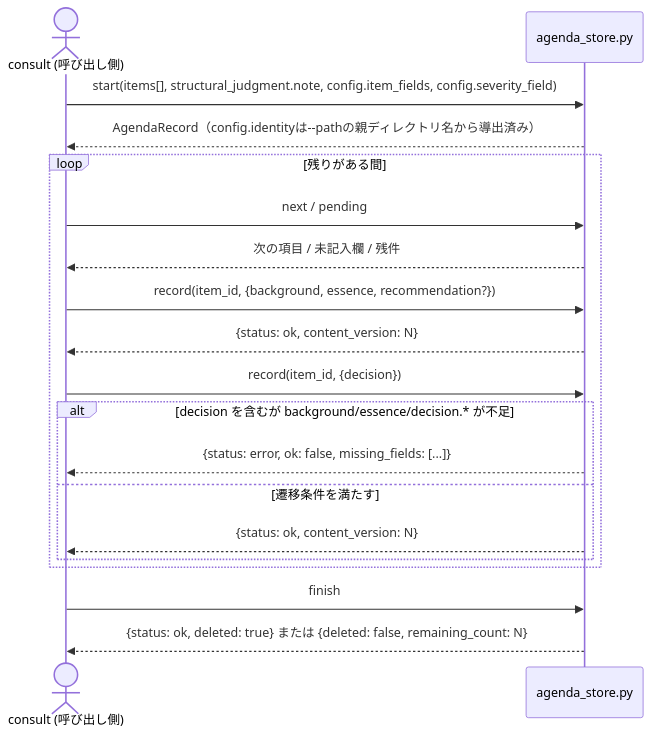
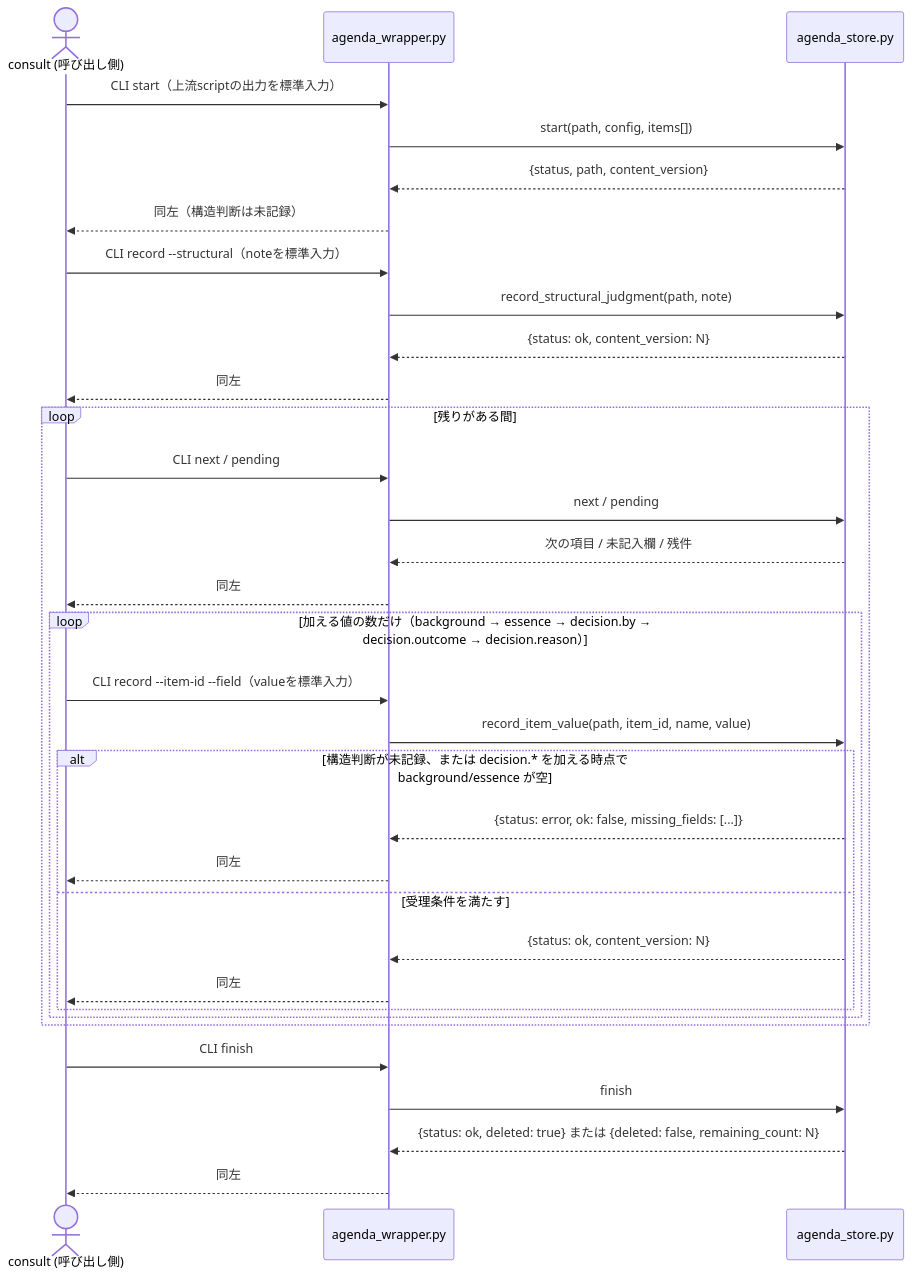
The third of 3 diagrams in docs/specs/consult/agenda/design/DES-075_agenda_mechanism_design.md (BlueEventHorizon/bw-cc-plugins), drawn with Mermaid before and after one commit. The commit also changed other lines of this file and 15 other files, not shown here.

````diff
--- a/docs/specs/consult/agenda/design/DES-075_agenda_mechanism_design.md
+++ b/docs/specs/consult/agenda/design/DES-075_agenda_mechanism_design.md
@@ -253,26 +260,40 @@
 ```mermaid
 sequenceDiagram
     actor Consult as consult (呼び出し側)
+    participant Wrapper as agenda_wrapper.py
     participant Store as agenda_store.py
 
-    Consult ->> Store: start(items[], structural_judgment.note, config.item_fields, config.severity_field)
-    Store -->> Consult: AgendaRecord（config.identityは--pathの親ディレクトリ名から導出済み）
+    Consult ->> Wrapper: CLI start（上流scriptの出力を標準入力）
+    Wrapper ->> Store: start(path, config, items[])
+    Store -->> Wrapper: {status, path, content_version}
+    Wrapper -->> Consult: 同左（構造判断は未記録）
+
+    Consult ->> Wrapper: CLI record --structural（noteを標準入力）
+    Wrapper ->> Store: record_structural_judgment(path, note)
+    Store -->> Wrapper: {status: ok, content_version: N}
+    Wrapper -->> Consult: 同左
 
     loop 残りがある間
-        Consult ->> Store: next / pending
-        Store -->> Consult: 次の項目 / 未記入欄 / 残件
+        Consult ->> Wrapper: CLI next / pending
+        Wrapper ->> Store: next / pending
+        Store -->> Wrapper: 次の項目 / 未記入欄 / 残件
+        Wrapper -->> Consult: 同左
 
-        Consult ->> Store: record(item_id, {background, essence, recommendation?})
-        Store -->> Consult: {status: ok, content_version: N}
-
-        Consult ->> Store: record(item_id, {decision})
-        alt decision を含むが background/essence/decision.* が不足
-            Store -->> Consult: {status: error, ok: false, missing_fields: [...]}
-        else 遷移条件を満たす
-            Store -->> Consult: {status: ok, content_version: N}
+        loop 加える値の数だけ（background → essence → decision.by → decision.outcome → decision.reason）
+            Consult ->> Wrapper: CLI record --item-id --field（valueを標準入力）
+            Wrapper ->> Store: record_item_value(path, item_id, name, value)
+            alt 構造判断が未記録、または decision.* を加える時点で background/essence が空
+                Store -->> Wrapper: {status: error, ok: false, missing_fields: [...]}
+                Wrapper -->> Consult: 同左
+            else 受理条件を満たす
+                Store -->> Wrapper: {status: ok, content_version: N}
+                Wrapper -->> Consult: 同左
+            end
         end
     end
 
-    Consult ->> Store: finish
-    Store -->> Consult: {status: ok, deleted: true} または {deleted: false, remaining_count: N}
+    Consult ->> Wrapper: CLI finish
+    Wrapper ->> Store: finish
+    Store -->> Wrapper: {status: ok, deleted: true} または {deleted: false, remaining_count: N}
+    Wrapper -->> Consult: 同左
 ```
````
